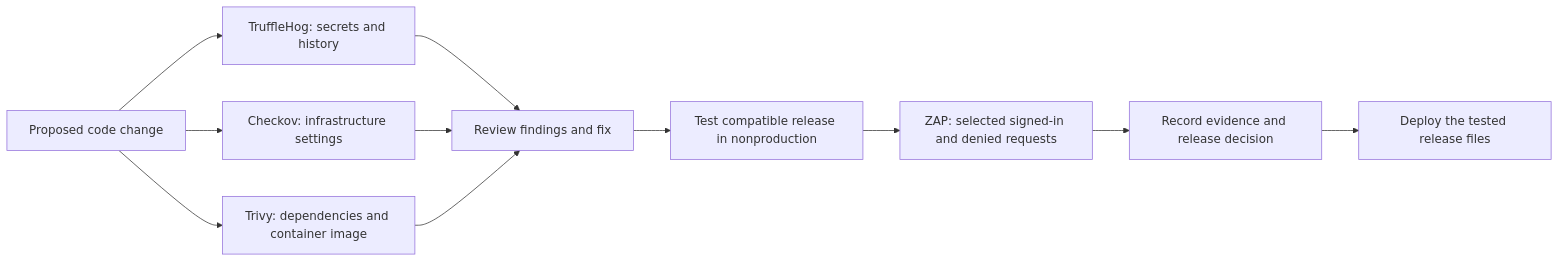
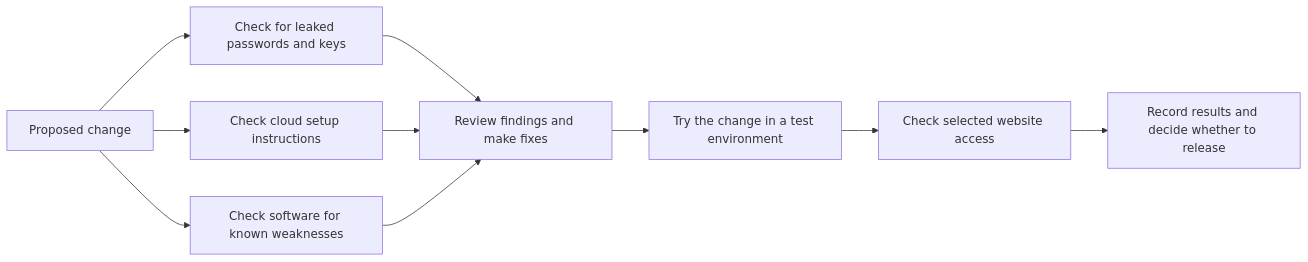
The diagram in README.md (truthofsource/azure-devsecops-security-scanning), drawn with Mermaid before and after one commit. The commit also changed other lines of this file and 1 other file, not shown here.

````diff
--- a/README.md
+++ b/README.md
@@ -30,13 +32,12 @@
 ```mermaid
 flowchart LR
-    A[Proposed code change] --> B[TruffleHog: secrets and history]
-    A --> C[Checkov: infrastructure settings]
-    A --> D[Trivy: dependencies and container image]
-    B --> E[Review findings and fix]
-    C --> E
-    D --> E
-    E --> F[Test compatible release in nonproduction]
-    F --> G[ZAP: selected signed-in and denied requests]
-    G --> H[Record evidence and release decision]
-    H --> I[Deploy the tested release files]
+  Change[Proposed change] --> Secrets[Check for leaked passwords and keys]
+  Change --> Settings[Check cloud setup instructions]
+  Change --> Software[Check software for known weaknesses]
+  Secrets --> Review[Review findings and make fixes]
+  Settings --> Review
+  Software --> Review
+  Review --> Test[Try the change in a test environment]
+  Test --> Website[Check selected website access]
+  Website --> Decide[Record results and decide whether to release]
 ```
````
